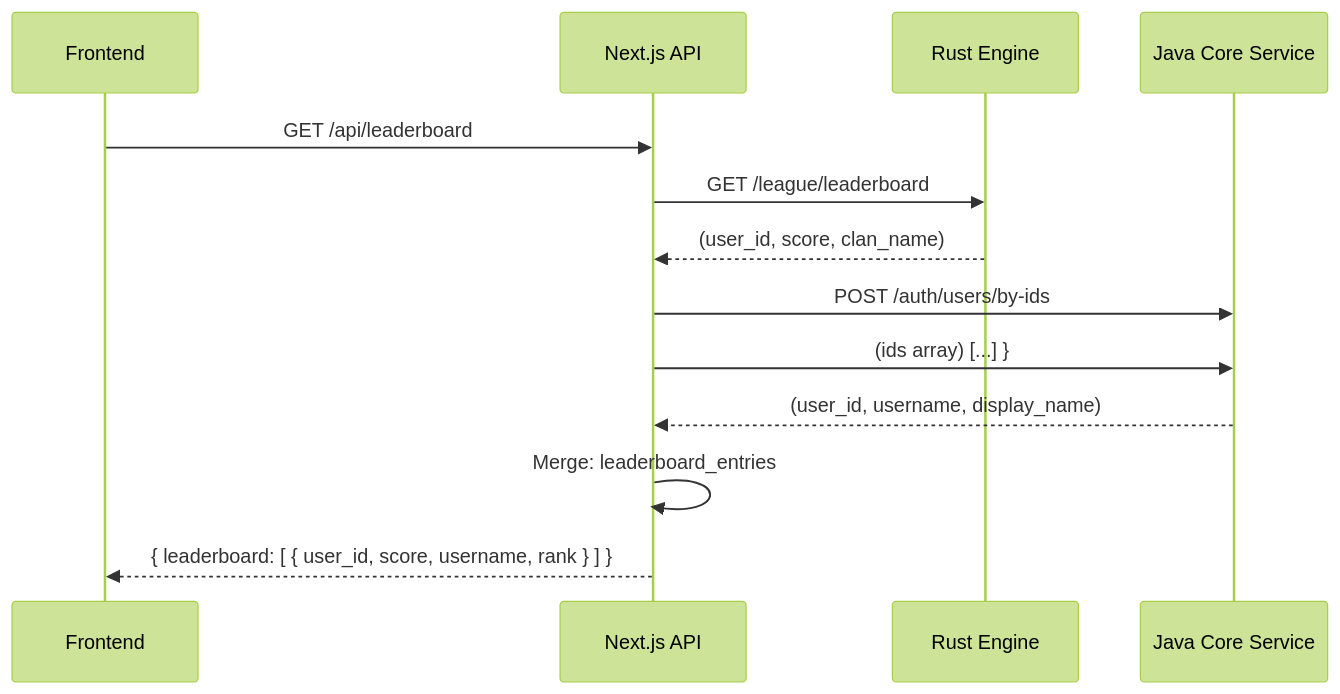
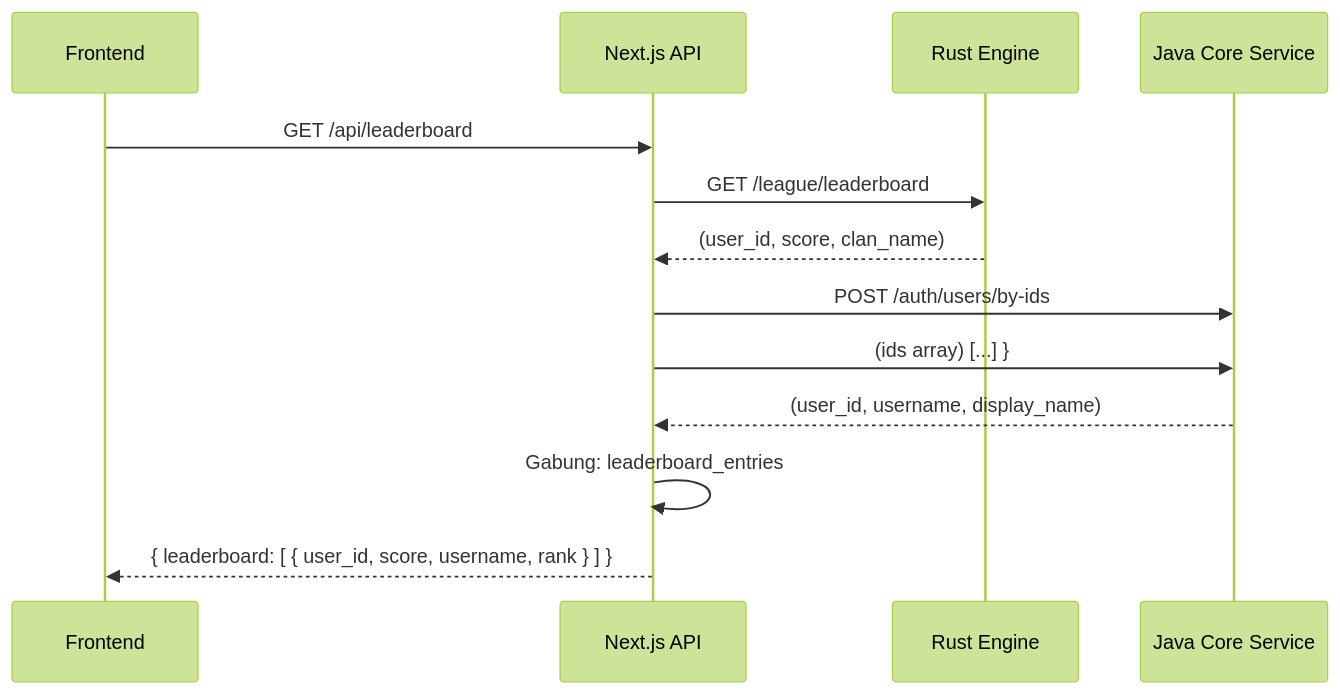
The third of 3 diagrams in content/docs/architecture/communication.mdx (advprog-2026-A14-project/yomu-docs), drawn with Mermaid (forest theme) before and after one commit. The commit also changed other lines of this file and 30 other files, not shown here.

````diff
--- a/content/docs/architecture/communication.mdx
+++ b/content/docs/architecture/communication.mdx
@@ -115,16 +115,16 @@
 ```mermaid
 sequenceDiagram
     participant FE as Frontend
     participant BFF as Next.js API
     participant RUST as Rust Engine
     participant JAVA as Java Core Service
 
     FE->>BFF: GET /api/leaderboard
     BFF->>RUST: GET /league/leaderboard
     RUST-->>BFF: (user_id, score, clan_name)
     BFF->>JAVA: POST /auth/users/by-ids
     BFF->>JAVA: (ids array) [...] }
     JAVA-->>BFF: (user_id, username, display_name)
-    BFF->>BFF: Merge: leaderboard_entries
+    BFF->>BFF: Gabung: leaderboard_entries
     BFF-->>FE: { leaderboard: [ { user_id, score, username, rank } ] }
 ```
````
